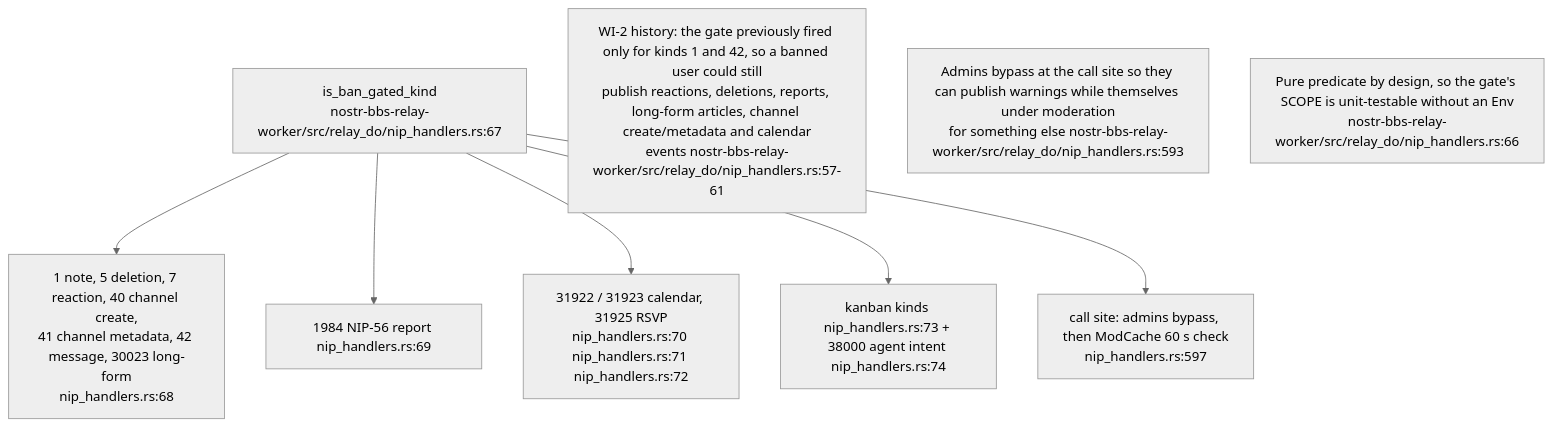
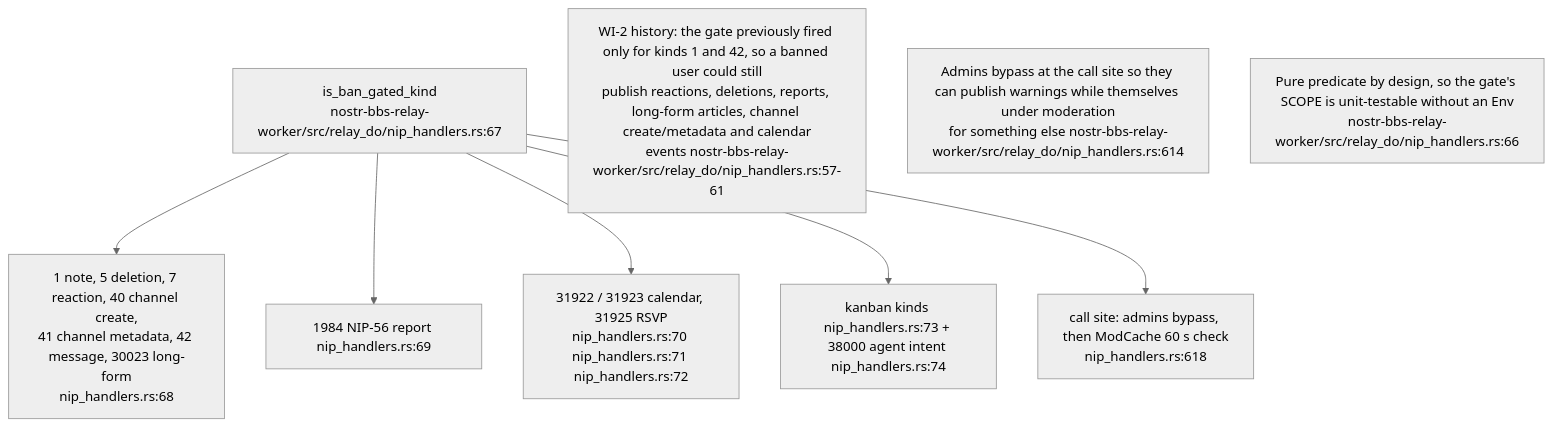
Before and after one commit to DreamLab-AI/VisionFlow: the sixth of 13 diagrams in docs/diagrams/nostr-rust-forum/03-relay-worker-admission-auth-and-trust.md, drawn with Mermaid (neutral theme). The commit also changed other lines of this file and 51 other files, not shown here.

First line of the commit message:
docs(diagrams): agentbox AB-01..13 re-attested anchor by anchor (980 anchors, 22 defects); checkpoint against an out-of-mesh writer

````diff
--- a/docs/diagrams/nostr-rust-forum/03-relay-worker-admission-auth-and-trust.md
+++ b/docs/diagrams/nostr-rust-forum/03-relay-worker-admission-auth-and-trust.md
@@ -165,16 +165,16 @@
 ```mermaid
 flowchart TB
     GATE["is_ban_gated_kind<br/>nostr-bbs-relay-worker/src/relay_do/nip_handlers.rs:67"]
     LIT["1 note, 5 deletion, 7 reaction, 40 channel create,<br/>41 channel metadata, 42 message, 30023 long-form<br/>nip_handlers.rs:68"]
     REP["1984 NIP-56 report nip_handlers.rs:69"]
     CAL["31922 / 31923 calendar, 31925 RSVP<br/>nip_handlers.rs:70 nip_handlers.rs:71 nip_handlers.rs:72"]
     KAN["kanban kinds nip_handlers.rs:73 + 38000 agent intent nip_handlers.rs:74"]
-    CALL["call site: admins bypass, then ModCache 60 s check<br/>nip_handlers.rs:597"]
+    CALL["call site: admins bypass, then ModCache 60 s check<br/>nip_handlers.rs:618"]
 
     GATE --> LIT & REP & CAL & KAN
     GATE --> CALL
 
     N1["WI-2 history: the gate previously fired only for kinds 1 and 42, so a banned user could still<br/>publish reactions, deletions, reports, long-form articles, channel create/metadata and calendar<br/>events nostr-bbs-relay-worker/src/relay_do/nip_handlers.rs:57-61"]
-    N2["Admins bypass at the call site so they can publish warnings while themselves under moderation<br/>for something else nostr-bbs-relay-worker/src/relay_do/nip_handlers.rs:593"]
+    N2["Admins bypass at the call site so they can publish warnings while themselves under moderation<br/>for something else nostr-bbs-relay-worker/src/relay_do/nip_handlers.rs:614"]
     N3["Pure predicate by design, so the gate's SCOPE is unit-testable without an Env<br/>nostr-bbs-relay-worker/src/relay_do/nip_handlers.rs:66"]
 ```
````
